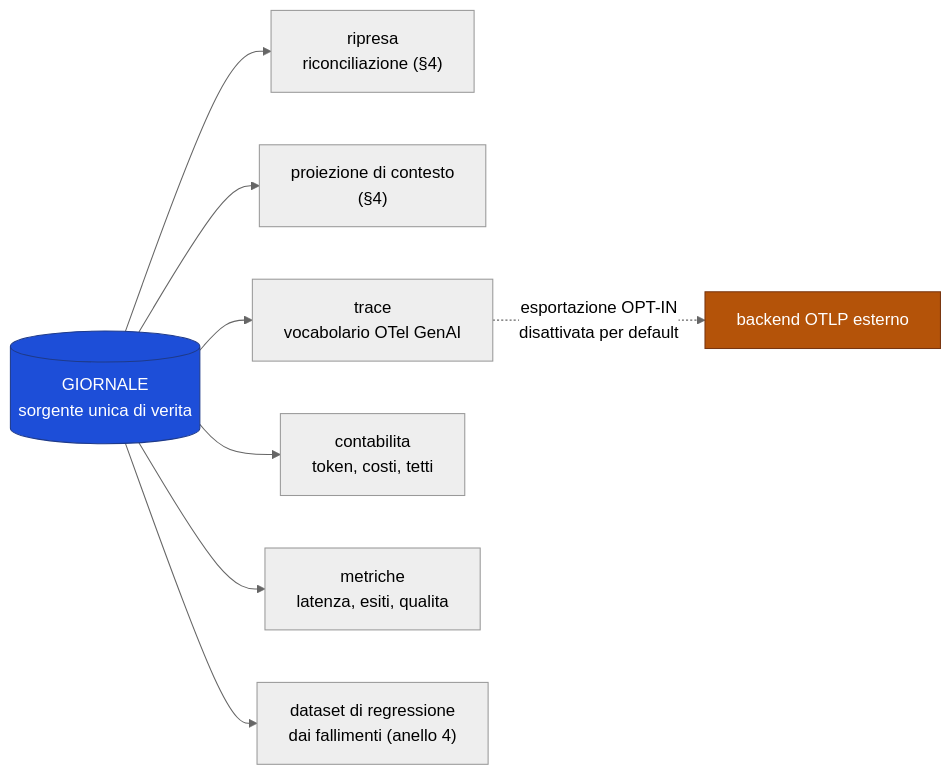
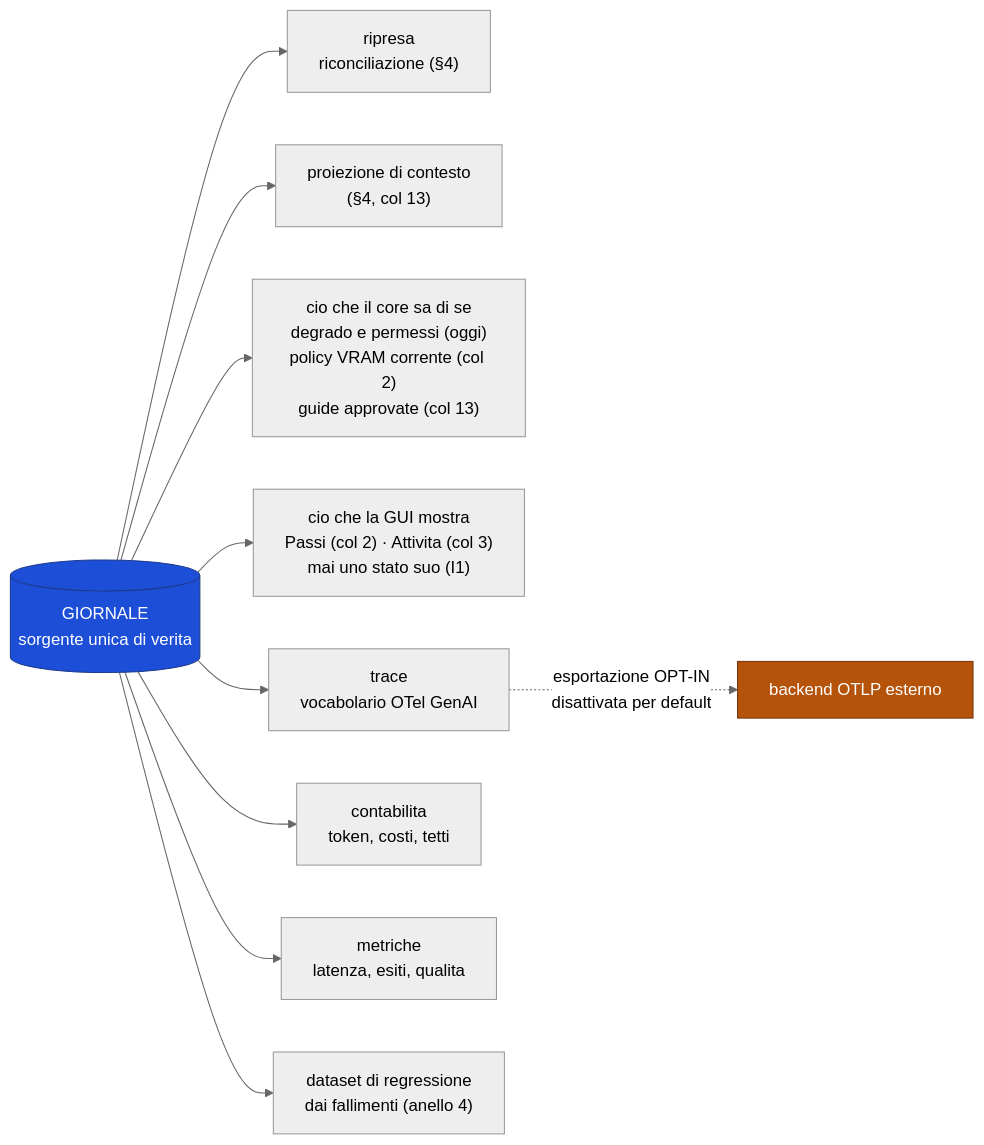
Before and after one commit to devfrx/daemon: the second of 2 diagrams in docs/design/07-osservabilita-e-degrado.md, drawn with Mermaid (neutral theme). The commit also changed other lines of this file and 3 other files, not shown here.

````diff
--- a/docs/design/07-osservabilita-e-degrado.md
+++ b/docs/design/07-osservabilita-e-degrado.md
@@ -60,18 +79,20 @@
 ```mermaid
 flowchart LR
     J[("GIORNALE<br/>sorgente unica di verita")]
 
     J --> R["ripresa<br/>riconciliazione (§4)"]
-    J --> P["proiezione di contesto<br/>(§4)"]
+    J --> P["proiezione di contesto<br/>(§4, col 13)"]
+    J --> K["cio che il core sa di se<br/>degrado e permessi (oggi)<br/>policy VRAM corrente (col 2)<br/>guide approvate (col 13)"]
+    J --> G["cio che la GUI mostra<br/>Passi (col 2) · Attivita (col 3)<br/>mai uno stato suo (I1)"]
     J --> T["trace<br/>vocabolario OTel GenAI"]
     J --> C["contabilita<br/>token, costi, tetti"]
     J --> M["metriche<br/>latenza, esiti, qualita"]
     J --> D["dataset di regressione<br/>dai fallimenti (anello 4)"]
 
     T -.->|"esportazione OPT-IN<br/>disattivata per default"| X["backend OTLP esterno"]
 
     classDef src fill:#1d4ed8,stroke:#1e3a8a,color:#fff
     classDef out fill:#b45309,stroke:#78350f,color:#fff
     class J src
     class X out
 ```
````
